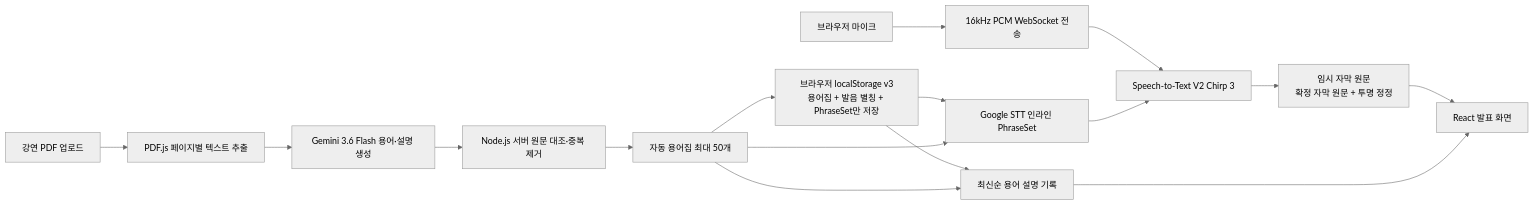
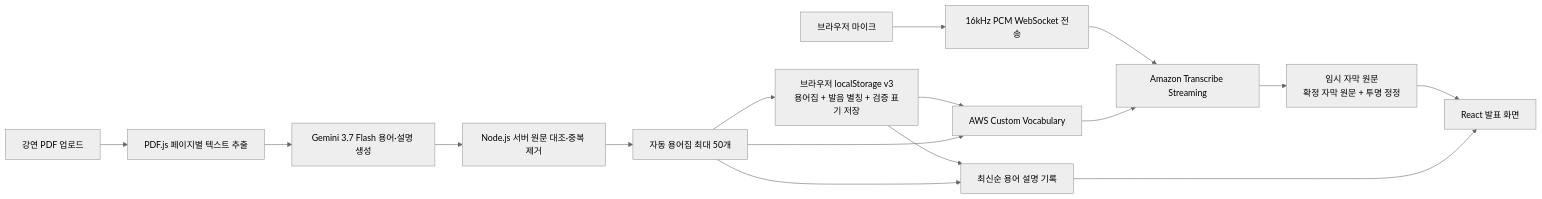
One commit to nsjjjjjj/lecture-context-ai changed the diagram in README.md. Above: the diagram before and after it, drawn with Mermaid (neutral theme). The commit also changed other lines of this file and 128 other files, not shown here.

````diff
--- a/README.md
+++ b/README.md
@@ -30,18 +34,18 @@
 ```mermaid
 flowchart LR
     A["강연 PDF 업로드"] --> B["PDF.js 페이지별 텍스트 추출"]
-    B --> C["Gemini 3.6 Flash 용어·설명 생성"]
+    B --> C["Gemini 3.7 Flash 용어·설명 생성"]
     C --> D["Node.js 서버 원문 대조·중복 제거"]
     D --> E["자동 용어집 최대 50개"]
-    E --> M["브라우저 localStorage v3<br/>용어집 + 발음 별칭 + PhraseSet만 저장"]
+    E --> M["브라우저 localStorage v3<br/>용어집 + 발음 별칭 + 검증 표기 저장"]
     M --> F
     M --> K
-    E --> F["Google STT 인라인 PhraseSet"]
+    E --> F["AWS Custom Vocabulary"]
     G["브라우저 마이크"] --> H["16kHz PCM WebSocket 전송"]
-    H --> I["Speech-to-Text V2 Chirp 3"]
+    H --> I["Amazon Transcribe Streaming"]
     F --> I
     I --> J["임시 자막 원문<br/>확정 자막 원문 + 투명 정정"]
     E --> K["최신순 용어 설명 기록"]
     J --> L["React 발표 화면"]
     K --> L
 ```
````
